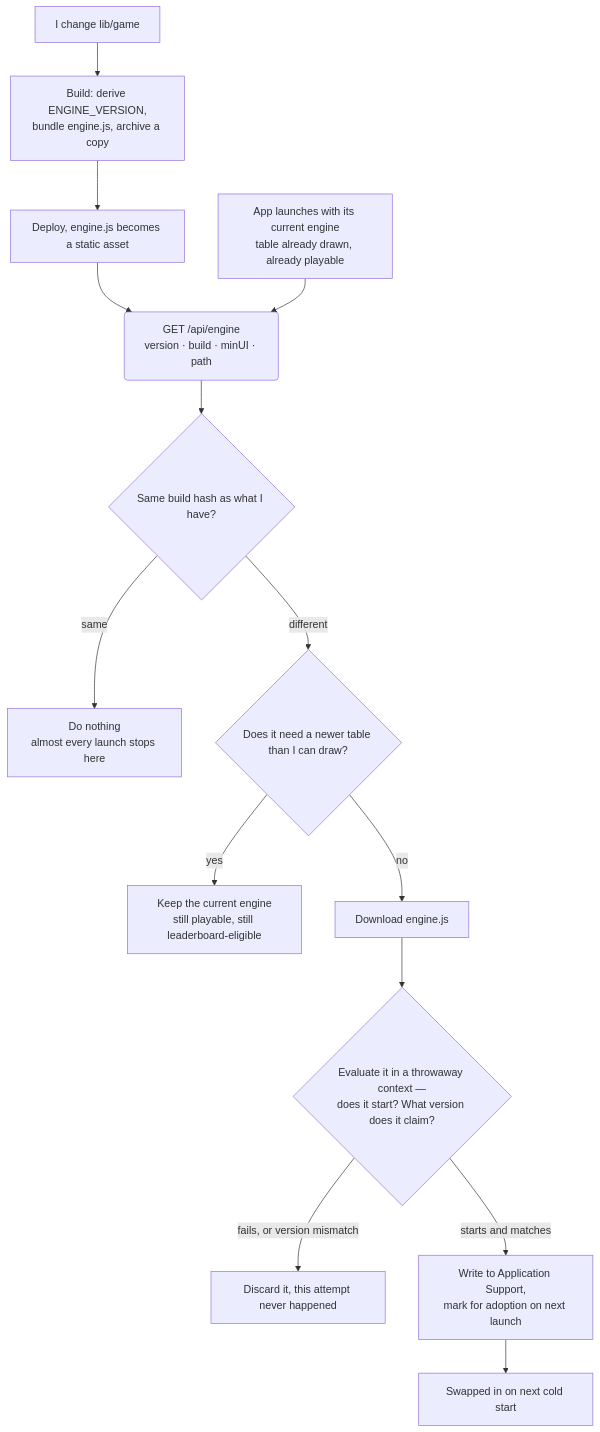
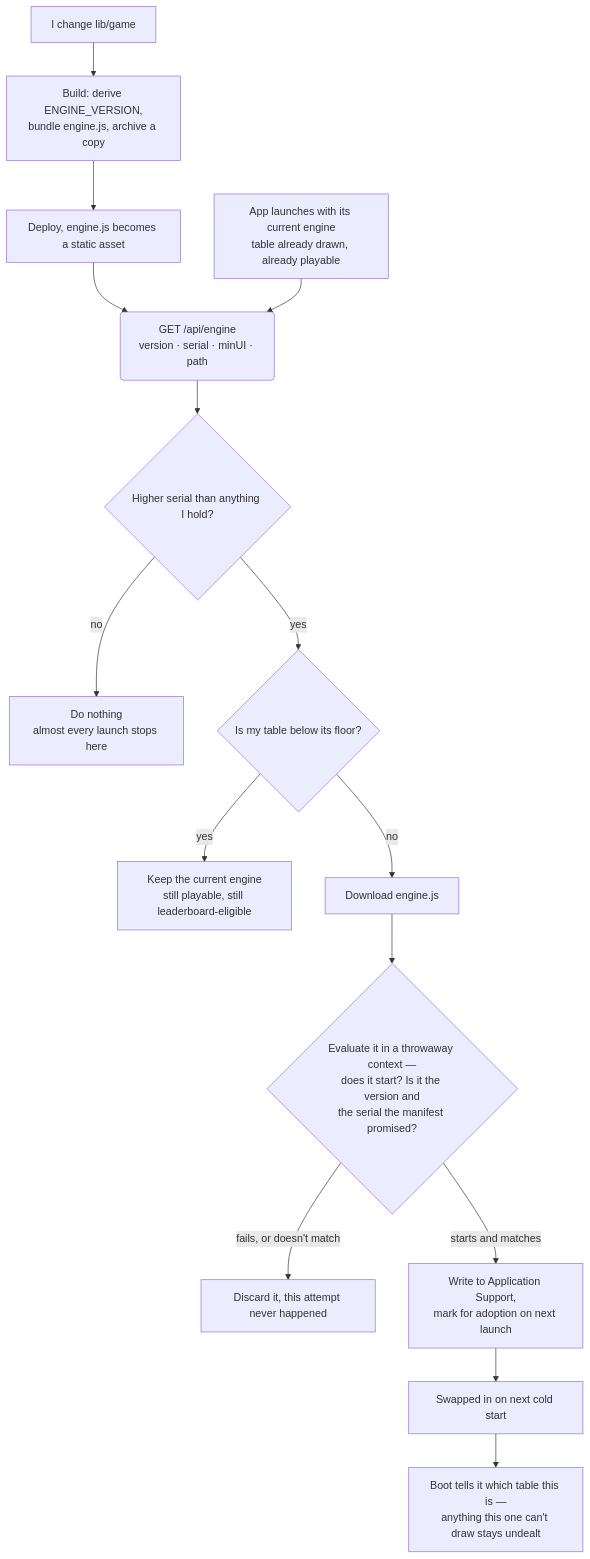
The fifth of 10 diagrams in content/posts/indie/tefuda-one-engine-three-runtimes.md (walkccc/blog), drawn with Mermaid before and after one commit. The commit also changed other lines of this file and 6 other files, not shown here.

````diff
--- a/content/posts/indie/tefuda-one-engine-three-runtimes.md
+++ b/content/posts/indie/tefuda-one-engine-three-runtimes.md
@@ -317,17 +317,18 @@
 ```mermaid
 flowchart TD
   DEV["I change lib/game"] --> BUILD["Build: derive ENGINE_VERSION,<br/>bundle engine.js, archive a copy"]
   BUILD --> DEPLOY["Deploy, engine.js becomes a static asset"]
-  DEPLOY --> MANIFEST("GET /api/engine<br/>version · build · minUI · path")
+  DEPLOY --> MANIFEST("GET /api/engine<br/>version · serial · minUI · path")
 
   APP["App launches with its current engine<br/>table already drawn, already playable"] --> MANIFEST
-  MANIFEST --> SAME{"Same build hash as what I have?"}
-  SAME -->|"same"| STOP["Do nothing<br/>almost every launch stops here"]
-  SAME -->|"different"| UI{"Does it need a newer table than I can draw?"}
+  MANIFEST --> SAME{"Higher serial than anything I hold?"}
+  SAME -->|"no"| STOP["Do nothing<br/>almost every launch stops here"]
+  SAME -->|"yes"| UI{"Is my table below its floor?"}
   UI -->|"yes"| HOLD["Keep the current engine<br/>still playable, still leaderboard-eligible"]
   UI -->|"no"| DL["Download engine.js"]
-  DL --> PROBE{"Evaluate it in a throwaway context —<br/>does it start? What version does it claim?"}
-  PROBE -->|"fails, or version mismatch"| DROP["Discard it, this attempt never happened"]
+  DL --> PROBE{"Evaluate it in a throwaway context —<br/>does it start? Is it the version and<br/>the serial the manifest promised?"}
+  PROBE -->|"fails, or doesn't match"| DROP["Discard it, this attempt never happened"]
   PROBE -->|"starts and matches"| STAGE["Write to Application Support,<br/>mark for adoption on next launch"]
   STAGE --> COLD["Swapped in on next cold start"]
+  COLD --> BOARD["Boot tells it which table this is —<br/>anything this one can't draw stays undealt"]
 ```
````
